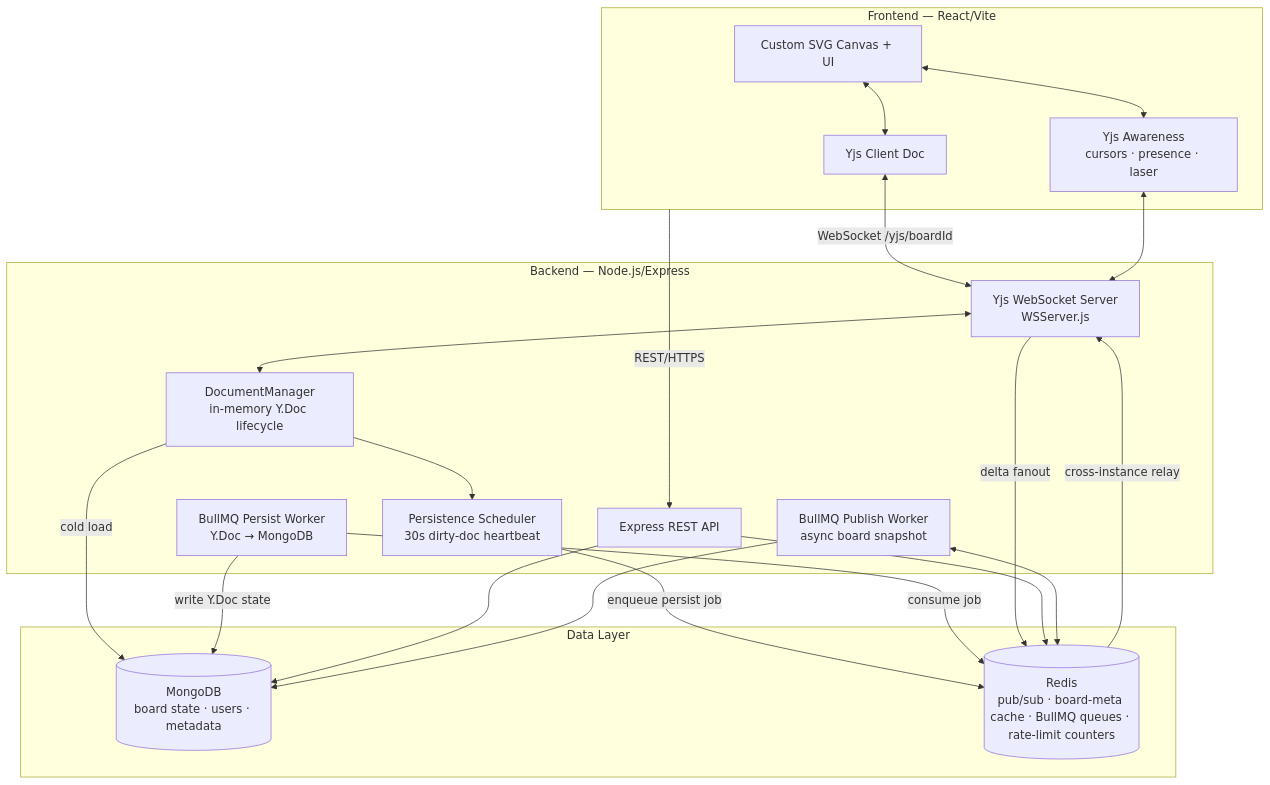
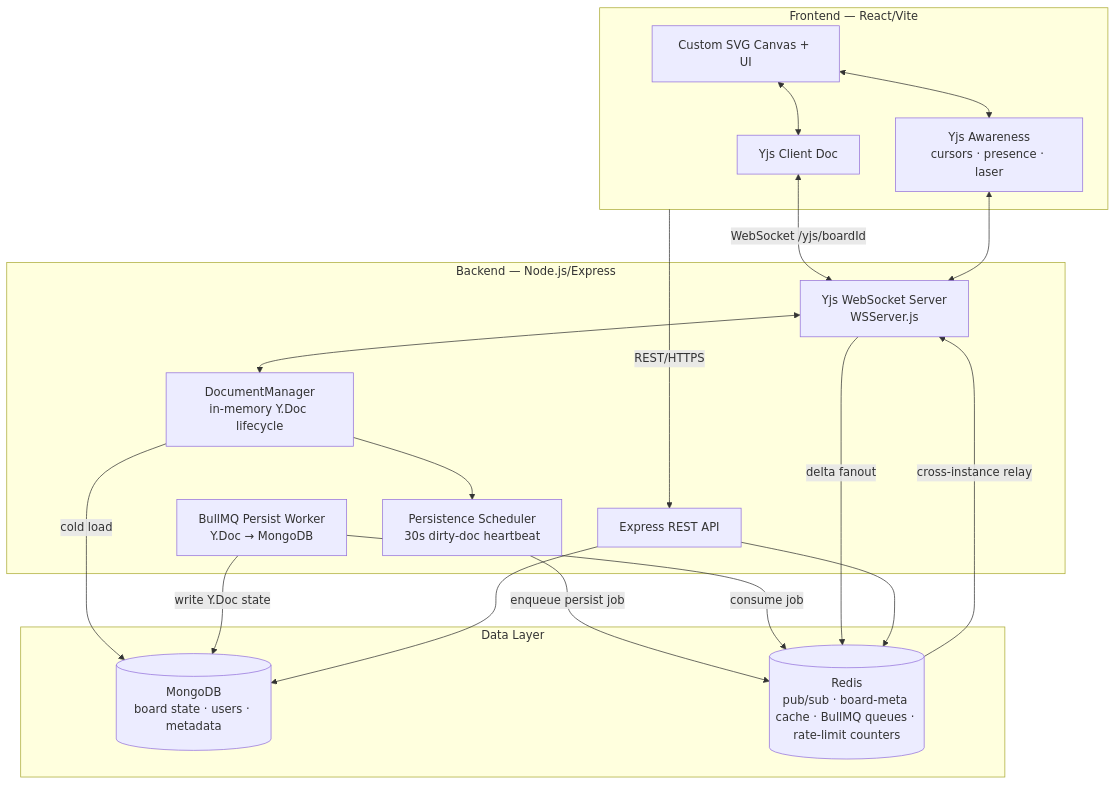
One commit to Arghadeep78/collaborative-realtime-workspace changed the diagram in architecture.md. Above: the diagram before and after it, drawn with Mermaid. The commit also changed other lines of this file and 27 other files, not shown here.

````diff
--- a/architecture.md
+++ b/architecture.md
@@ -48,40 +48,37 @@
 ```mermaid
 graph TD
     subgraph Client [Frontend — React/Vite]
         UI[Custom SVG Canvas + UI]
         YjsClient[Yjs Client Doc]
         Awareness[Yjs Awareness<br/>cursors · presence · laser]
         UI <--> YjsClient
         UI <--> Awareness
     end
 
     subgraph Server [Backend — Node.js/Express]
         API[Express REST API]
         WSS[Yjs WebSocket Server<br/>WSServer.js]
         DocMgr[DocumentManager<br/>in-memory Y.Doc lifecycle]
         Scheduler[Persistence Scheduler<br/>30s dirty-doc heartbeat]
         PersistWorker[BullMQ Persist Worker<br/>Y.Doc → MongoDB]
-        PublishWorker[BullMQ Publish Worker<br/>async board snapshot]
     end
 
     subgraph Data [Data Layer]
         MongoDB[(MongoDB<br/>board state · users · metadata)]
         Redis[(Redis<br/>pub/sub · board-meta cache · BullMQ queues · rate-limit counters)]
     end
 
     Client -- REST/HTTPS --> API
     YjsClient <-- WebSocket /yjs/boardId --> WSS
     Awareness <--> WSS
     WSS <--> DocMgr
     DocMgr -- cold load --> MongoDB
     DocMgr --> Scheduler
     Scheduler -- enqueue persist job --> Redis
     PersistWorker -- consume job --> Redis
     PersistWorker -- write Y.Doc state --> MongoDB
     WSS -- delta fanout --> Redis
     Redis -- cross-instance relay --> WSS
     API --> MongoDB
     API --> Redis
-    PublishWorker <--> Redis
-    PublishWorker --> MongoDB
 ```
````
